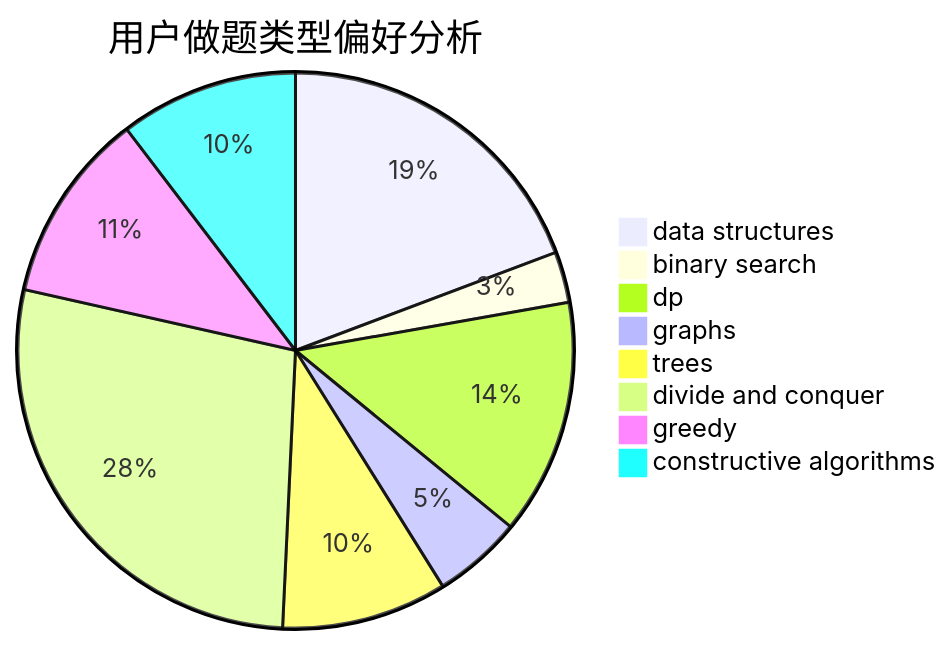
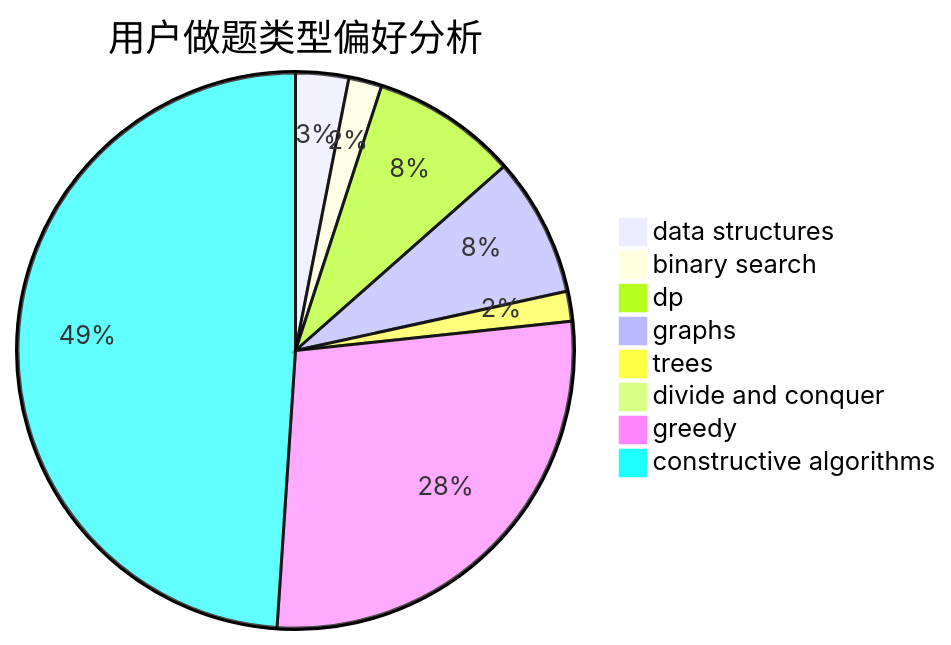
The second of 3 diagrams in docs/user/u2076.md (sherpahu/cfrs.github.io), drawn with Mermaid before and after one commit. The commit also changed other lines of this file and 2770 other files, not shown here.

````diff
--- a/docs/user/u2076.md
+++ b/docs/user/u2076.md
@@ -23,11 +23,11 @@
 ```mermaid
 pie title 用户做题类型偏好分析
-    "data structures" :  52
-    "binary search" :  8
-    "dp" :  37
-    "graphs" :  14
-    "trees" :  26
-    "divide and conquer" :  75
-    "greedy" :  30
-    "constructive algorithms" :  28
+    "data structures" :  16
+    "binary search" :  10
+    "dp" :  44
+    "graphs" :  42
+    "trees" :  9
+    "divide and conquer" :  1
+    "greedy" :  144
+    "constructive algorithms" :  254
 ```
````
